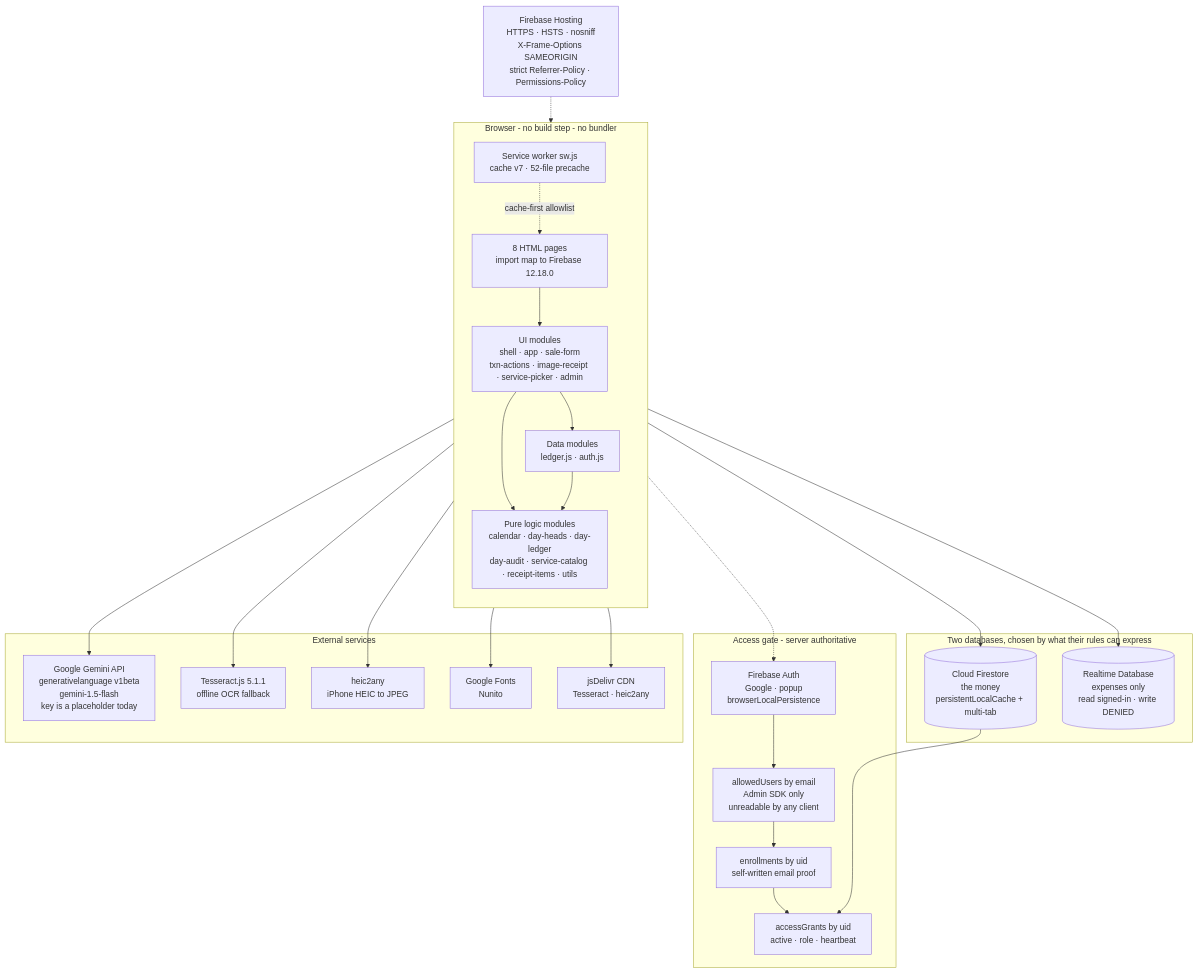
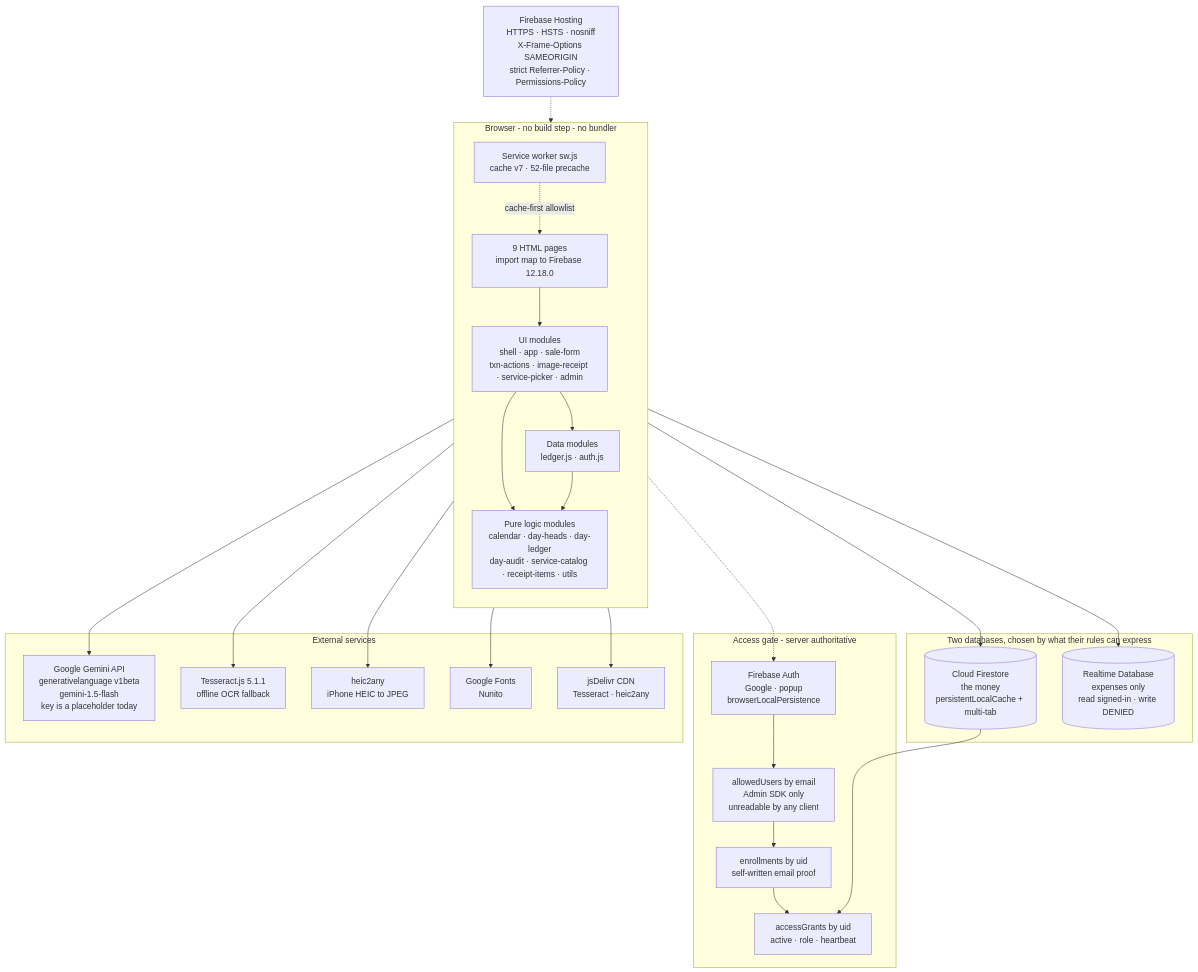
The sixth of 7 diagrams in README.md (arshinmrelju/leadger), drawn with Mermaid before and after one commit. The commit also changed other lines of this file and 4 other files, not shown here.

````diff
--- a/README.md
+++ b/README.md
@@ -814,50 +838,50 @@
 ```mermaid
 flowchart TD
     subgraph CLIENT["Browser - no build step - no bundler"]
         direction TB
-        HTML["8 HTML pages<br/>import map to Firebase 12.18.0"]
+        HTML["9 HTML pages<br/>import map to Firebase 12.18.0"]
         PURE["Pure logic modules<br/>calendar · day-heads · day-ledger<br/>day-audit · service-catalog · receipt-items · utils"]
         UI["UI modules<br/>shell · app · sale-form<br/>txn-actions · image-receipt · service-picker · admin"]
         IO["Data modules<br/>ledger.js · auth.js"]
         SW["Service worker sw.js<br/>cache v7 · 52-file precache"]
         HTML --> UI
         UI --> IO
         UI --> PURE
         IO --> PURE
         SW -.->|cache-first allowlist| HTML
     end
 
     subgraph GATE["Access gate - server authoritative"]
         A1["Firebase Auth<br/>Google · popup<br/>browserLocalPersistence"]
         A2["allowedUsers by email<br/>Admin SDK only<br/>unreadable by any client"]
         A3["enrollments by uid<br/>self-written email proof"]
         A4["accessGrants by uid<br/>active · role · heartbeat"]
     end
 
     subgraph DATA["Two databases, chosen by what their rules can express"]
         FS[("Cloud Firestore<br/>the money<br/>persistentLocalCache + multi-tab")]
         RT[("Realtime Database<br/>expenses only<br/>read signed-in · write DENIED")]
     end
 
     subgraph EXT["External services"]
         GEM["Google Gemini API<br/>generativelanguage v1beta<br/>gemini-1.5-flash<br/>key is a placeholder today"]
         TESS["Tesseract.js 5.1.1<br/>offline OCR fallback"]
         HEIC["heic2any<br/>iPhone HEIC to JPEG"]
         FONT["Google Fonts<br/>Nunito"]
         GH["jsDelivr CDN<br/>Tesseract · heic2any"]
     end
 
     HOST["Firebase Hosting<br/>HTTPS · HSTS · nosniff<br/>X-Frame-Options SAMEORIGIN<br/>strict Referrer-Policy · Permissions-Policy"]
 
     HTML -.-> A1
     A1 --> A2 --> A3 --> A4
     IO --> FS
     IO --> RT
     UI --> GEM
     UI --> TESS
     UI --> HEIC
     HTML --> FONT
     SW --> GH
     HOST -.-> HTML
     FS --> A4
 ```
````
